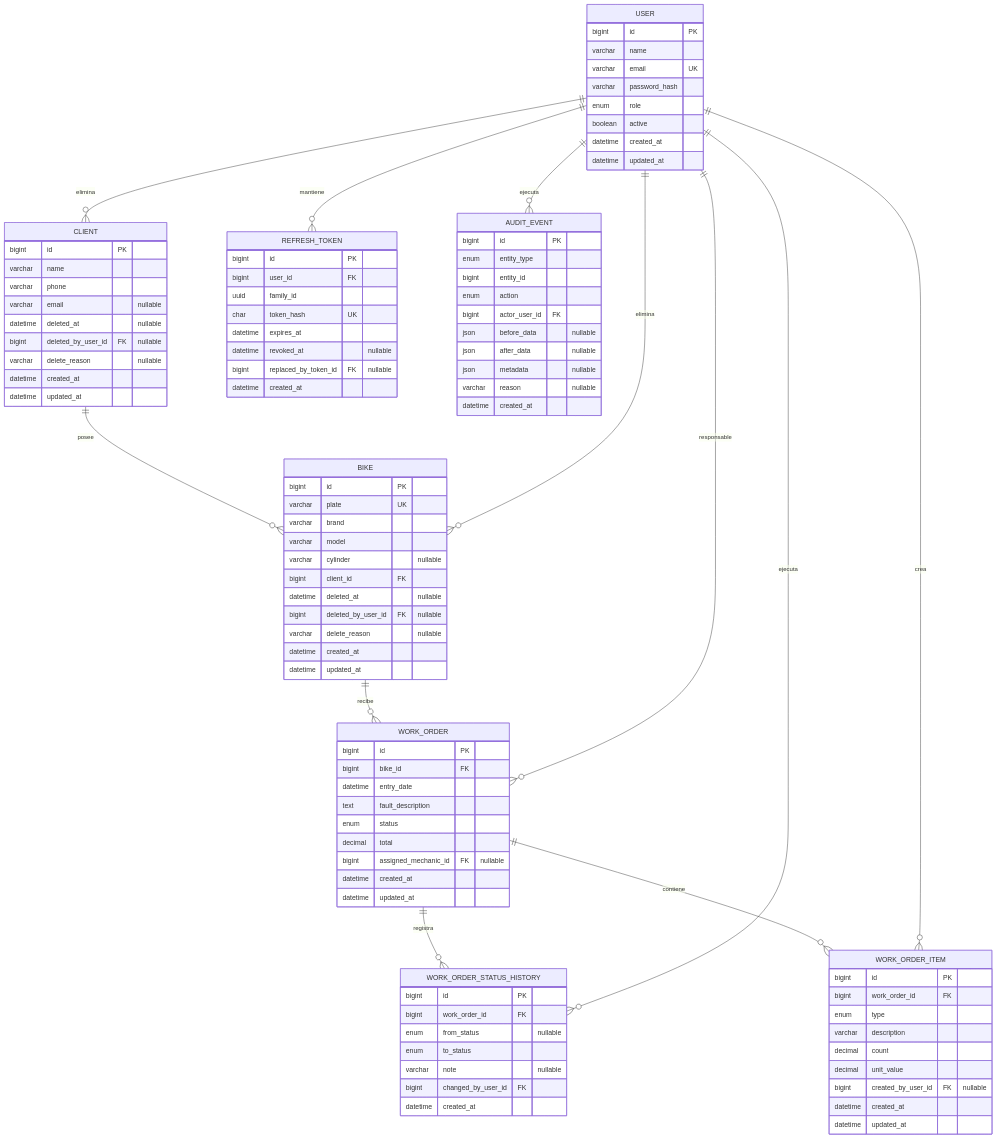
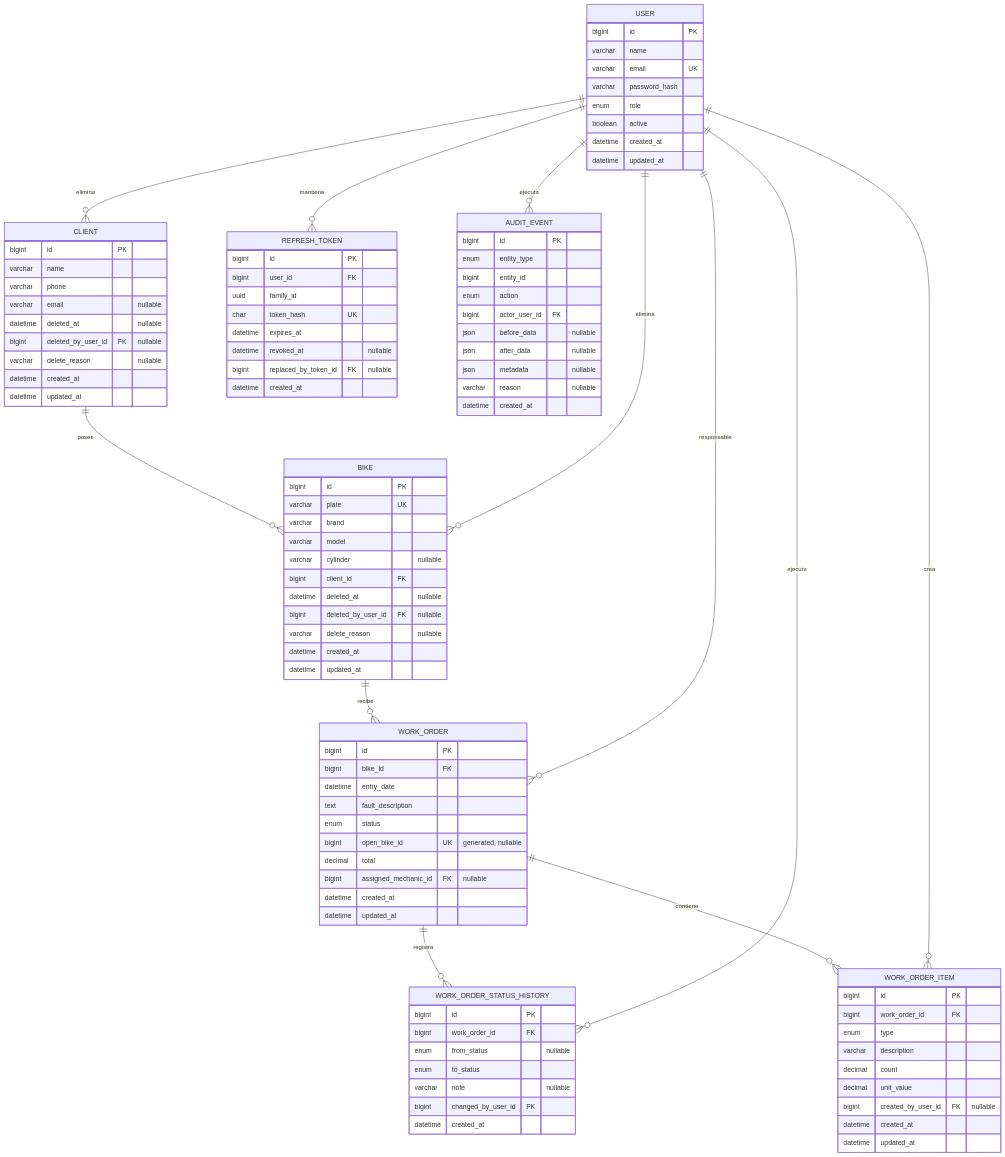
The diagram in docs/database.md (san7imo/prueba-tecnica-pavas), drawn with Mermaid before and after one commit. The commit also changed other lines of this file and 13 other files, not shown here.

```diff
--- a/docs/database.md
+++ b/docs/database.md
@@ -68,6 +68,7 @@
       datetime entry_date
       text fault_description
       enum status
+      bigint open_bike_id UK "generated, nullable"
       decimal total
       bigint assigned_mechanic_id FK "nullable"
       datetime created_at
```
